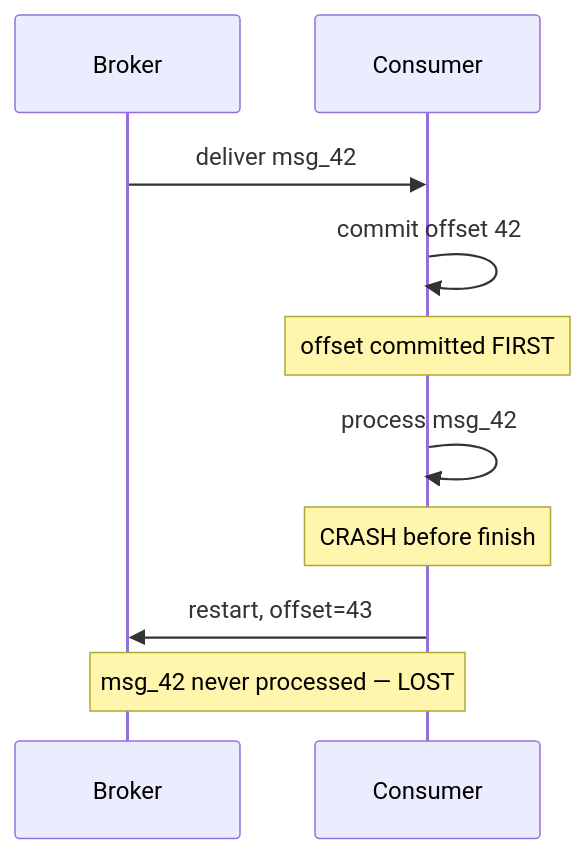
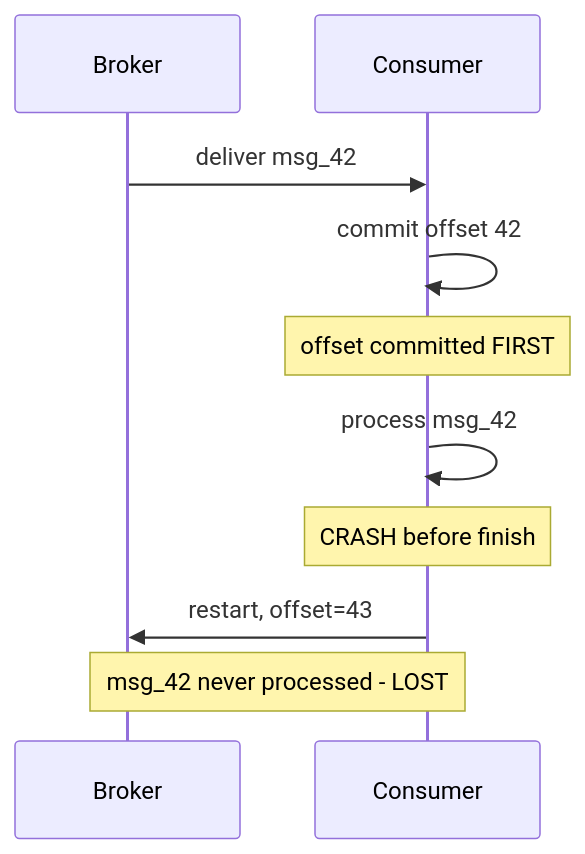
Before and after one commit to hareramcse/SystemDesign: diagram 15 of 27 in 06-messaging-and-events/README.md, drawn with Mermaid. The commit also changed other lines of this file and 14 other files, not shown here.

````diff
--- a/06-messaging-and-events/README.md
+++ b/06-messaging-and-events/README.md
@@ -856,12 +856,12 @@
 ```mermaid
 sequenceDiagram
     participant B as Broker
     participant C as Consumer
     B->>C: deliver msg_42
     C->>C: commit offset 42
     Note over C: offset committed FIRST
     C->>C: process msg_42
     Note over C: CRASH before finish
     C->>B: restart, offset=43
-    Note over B,C: msg_42 never processed — LOST
+    Note over B,C: msg_42 never processed - LOST
 ```
````
